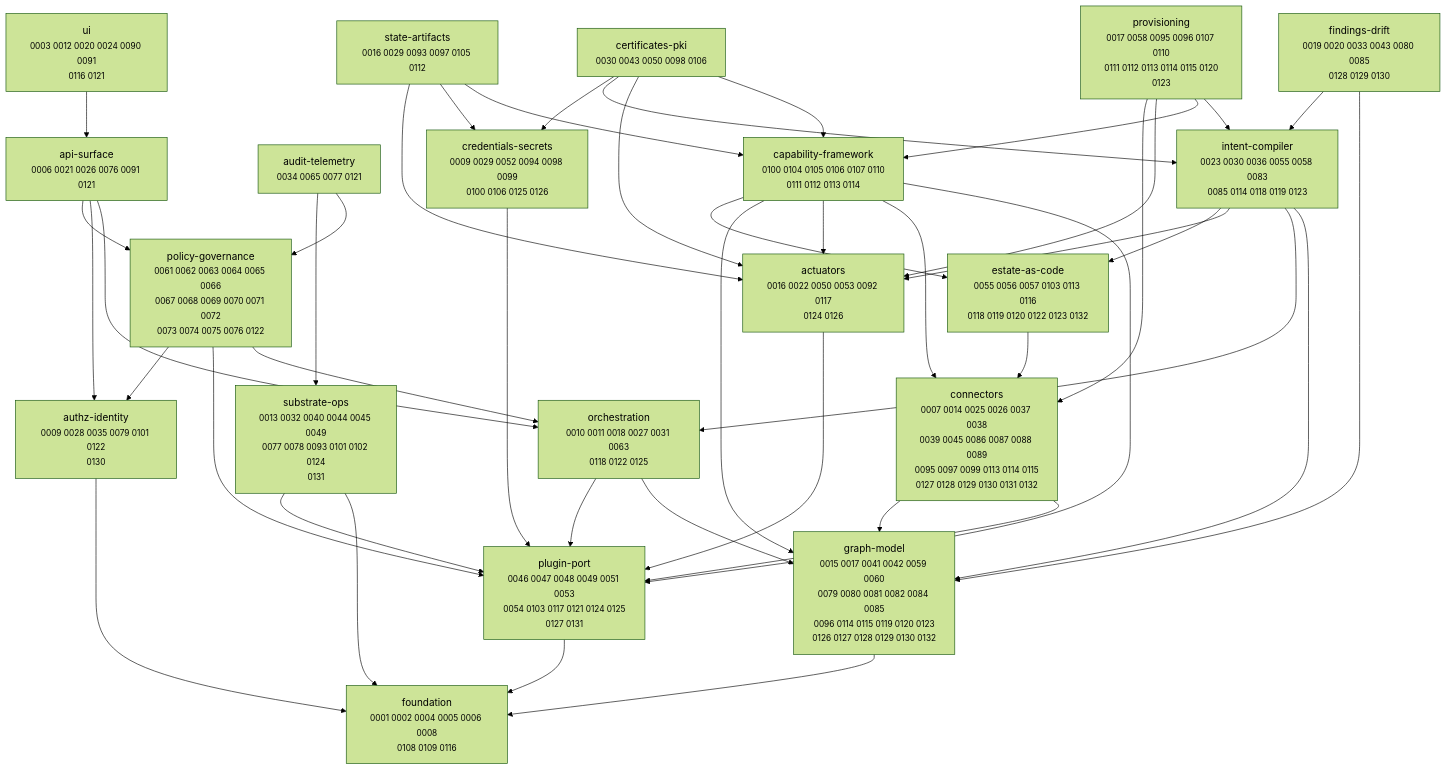
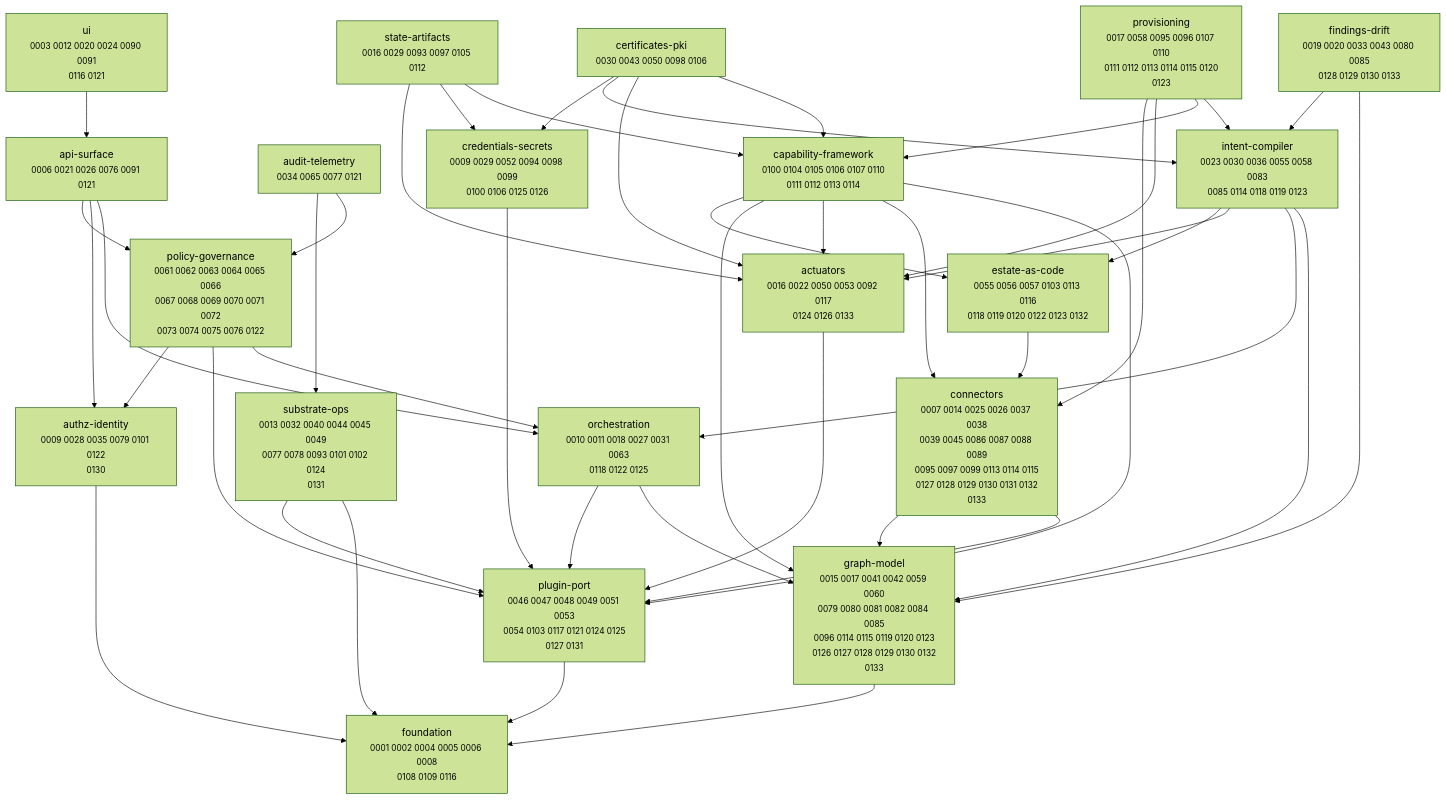
One commit to dstout-devops/stratt changed the diagram in docs/adr/MAP.md. Above: the diagram before and after it, drawn with Mermaid (forest theme). The commit also changed other lines of this file and 20 other files, not shown here.

````diff
--- a/docs/adr/MAP.md
+++ b/docs/adr/MAP.md
@@ -11,67 +11,67 @@
 ```mermaid
 graph TD
-  actuators["actuators<br/><small>0016 0022 0050 0053 0092 0117<br/>0124 0126</small>"]
+  actuators["actuators<br/><small>0016 0022 0050 0053 0092 0117<br/>0124 0126 0133</small>"]
   api_surface["api-surface<br/><small>0006 0021 0026 0076 0091 0121</small>"]
   audit_telemetry["audit-telemetry<br/><small>0034 0065 0077 0121</small>"]
   authz_identity["authz-identity<br/><small>0009 0028 0035 0079 0101 0122<br/>0130</small>"]
   capability_framework["capability-framework<br/><small>0100 0104 0105 0106 0107 0110<br/>0111 0112 0113 0114</small>"]
   certificates_pki["certificates-pki<br/><small>0030 0043 0050 0098 0106</small>"]
-  connectors["connectors<br/><small>0007 0014 0025 0026 0037 0038<br/>0039 0045 0086 0087 0088 0089<br/>0095 0097 0099 0113 0114 0115<br/>0127 0128 0129 0130 0131 0132</small>"]
+  connectors["connectors<br/><small>0007 0014 0025 0026 0037 0038<br/>0039 0045 0086 0087 0088 0089<br/>0095 0097 0099 0113 0114 0115<br/>0127 0128 0129 0130 0131 0132<br/>0133</small>"]
   credentials_secrets["credentials-secrets<br/><small>0009 0029 0052 0094 0098 0099<br/>0100 0106 0125 0126</small>"]
   estate_as_code["estate-as-code<br/><small>0055 0056 0057 0103 0113 0116<br/>0118 0119 0120 0122 0123 0132</small>"]
-  findings_drift["findings-drift<br/><small>0019 0020 0033 0043 0080 0085<br/>0128 0129 0130</small>"]
+  findings_drift["findings-drift<br/><small>0019 0020 0033 0043 0080 0085<br/>0128 0129 0130 0133</small>"]
   foundation["foundation<br/><small>0001 0002 0004 0005 0006 0008<br/>0108 0109 0116</small>"]
-  graph_model["graph-model<br/><small>0015 0017 0041 0042 0059 0060<br/>0079 0080 0081 0082 0084 0085<br/>0096 0114 0115 0119 0120 0123<br/>0126 0127 0128 0129 0130 0132</small>"]
+  graph_model["graph-model<br/><small>0015 0017 0041 0042 0059 0060<br/>0079 0080 0081 0082 0084 0085<br/>0096 0114 0115 0119 0120 0123<br/>0126 0127 0128 0129 0130 0132<br/>0133</small>"]
   intent_compiler["intent-compiler<br/><small>0023 0030 0036 0055 0058 0083<br/>0085 0114 0118 0119 0123</small>"]
   orchestration["orchestration<br/><small>0010 0011 0018 0027 0031 0063<br/>0118 0122 0125</small>"]
   plugin_port["plugin-port<br/><small>0046 0047 0048 0049 0051 0053<br/>0054 0103 0117 0121 0124 0125<br/>0127 0131</small>"]
   policy_governance["policy-governance<br/><small>0061 0062 0063 0064 0065 0066<br/>0067 0068 0069 0070 0071 0072<br/>0073 0074 0075 0076 0122</small>"]
   provisioning["provisioning<br/><small>0017 0058 0095 0096 0107 0110<br/>0111 0112 0113 0114 0115 0120<br/>0123</small>"]
   state_artifacts["state-artifacts<br/><small>0016 0029 0093 0097 0105 0112</small>"]
   substrate_ops["substrate-ops<br/><small>0013 0032 0040 0044 0045 0049<br/>0077 0078 0093 0101 0102 0124<br/>0131</small>"]
   ui["ui<br/><small>0003 0012 0020 0024 0090 0091<br/>0116 0121</small>"]
 
   actuators --> plugin_port
   api_surface --> orchestration
   api_surface --> authz_identity
   api_surface --> policy_governance
   audit_telemetry --> policy_governance
   audit_telemetry --> substrate_ops
   authz_identity --> foundation
   capability_framework --> plugin_port
   capability_framework --> connectors
   capability_framework --> actuators
   capability_framework --> graph_model
   capability_framework --> estate_as_code
   certificates_pki --> capability_framework
   certificates_pki --> actuators
   certificates_pki --> intent_compiler
   certificates_pki --> credentials_secrets
   connectors --> plugin_port
   connectors --> graph_model
   credentials_secrets --> plugin_port
   estate_as_code --> connectors
   findings_drift --> graph_model
   findings_drift --> intent_compiler
   graph_model --> foundation
   intent_compiler --> graph_model
   intent_compiler --> orchestration
   intent_compiler --> actuators
   intent_compiler --> estate_as_code
   orchestration --> graph_model
   orchestration --> plugin_port
   plugin_port --> foundation
   policy_governance --> orchestration
   policy_governance --> plugin_port
   policy_governance --> authz_identity
   provisioning --> intent_compiler
   provisioning --> capability_framework
   provisioning --> actuators
   provisioning --> connectors
   state_artifacts --> capability_framework
   state_artifacts --> credentials_secrets
   state_artifacts --> actuators
   substrate_ops --> foundation
   substrate_ops --> plugin_port
   ui --> api_surface
 ```
````
